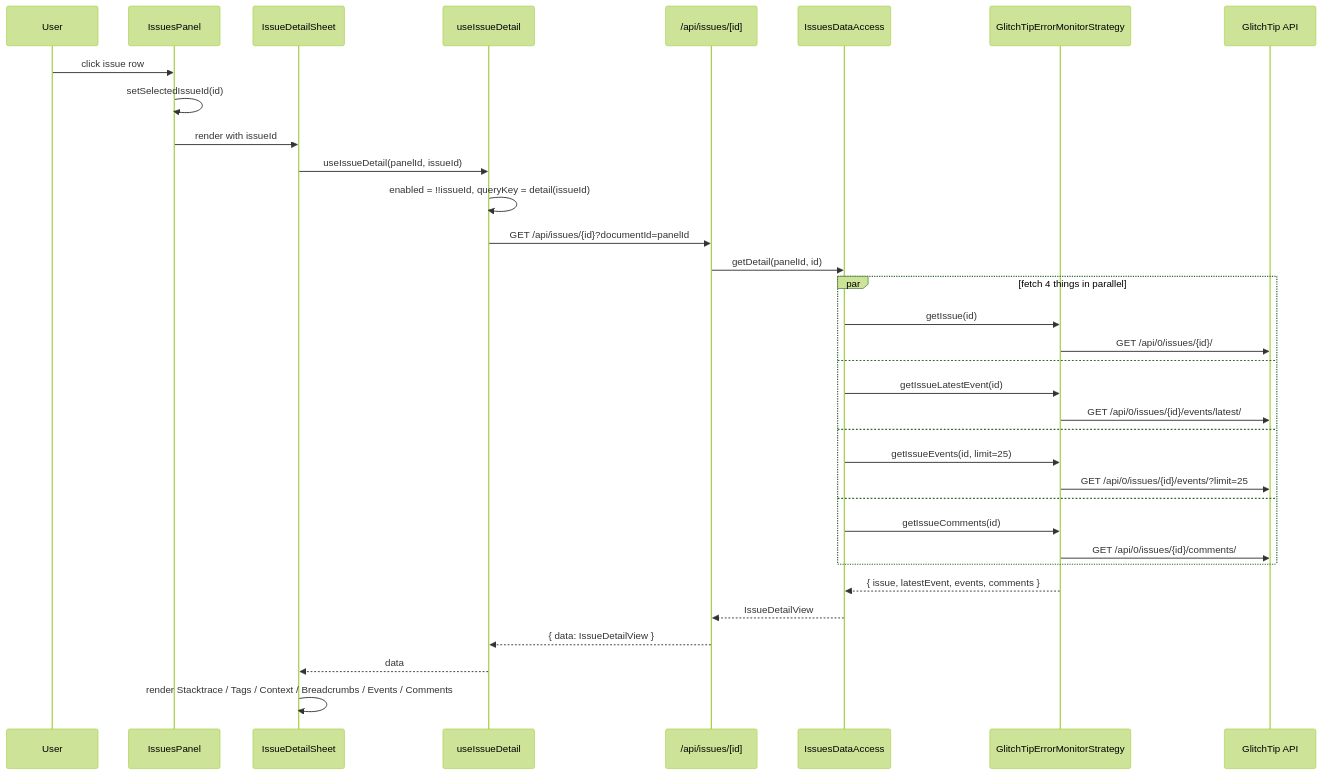
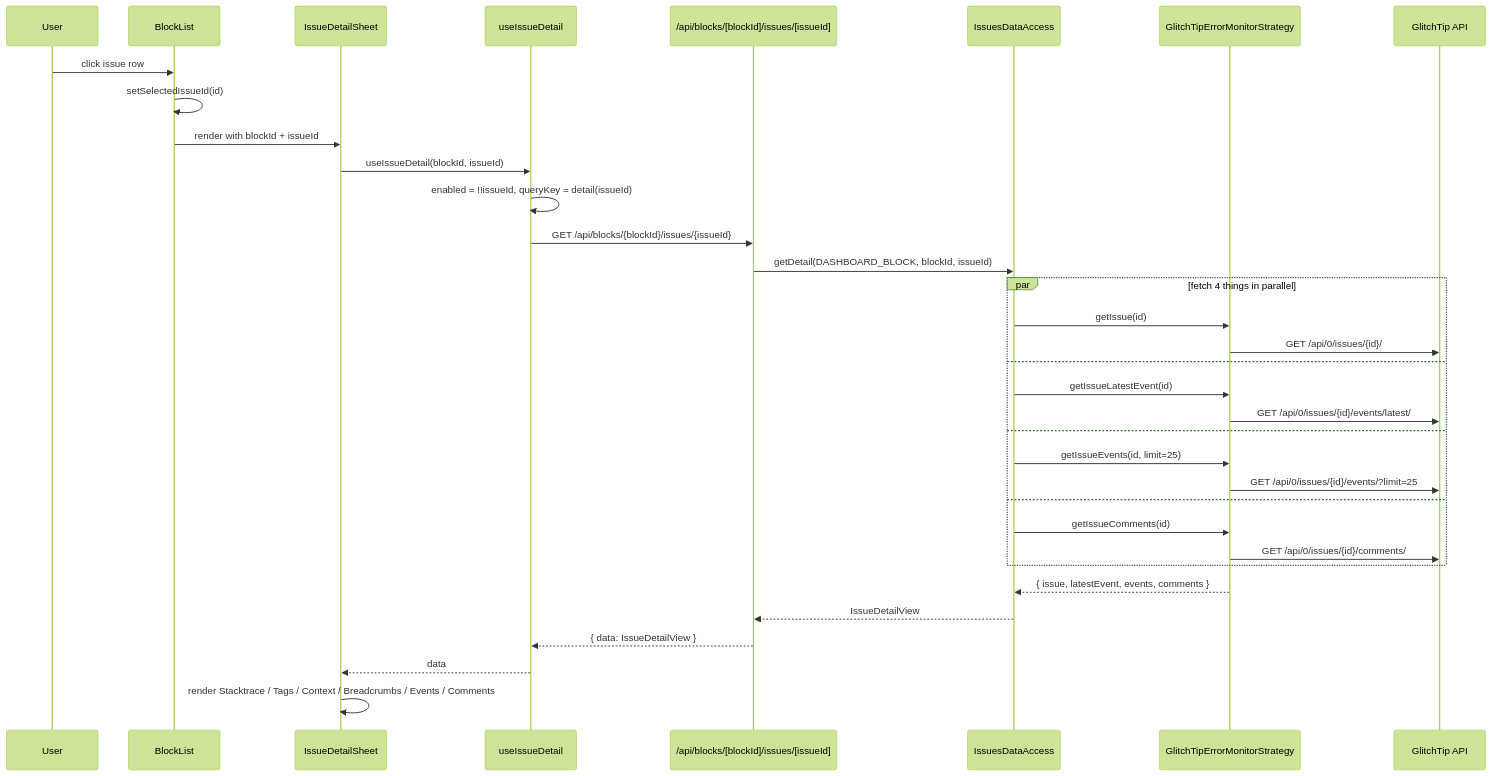
One commit to webteamuxco/dashboard-monitor changed the ninth of 11 diagrams in apps/docs-site/docs/data-flow.md. Above: the diagram before and after it, drawn with Mermaid (forest theme). The commit also changed other lines of this file and 10 other files, not shown here.

````diff
--- a/apps/docs-site/docs/data-flow.md
+++ b/apps/docs-site/docs/data-flow.md
@@ -286,39 +251,39 @@
 ```mermaid
 sequenceDiagram
     participant User
-    participant Panel as IssuesPanel
+    participant List as BlockList
     participant Sheet as IssueDetailSheet
     participant Hook as useIssueDetail
-    participant Route as /api/issues/[id]
+    participant Route as /api/blocks/[blockId]/issues/[issueId]
     participant DA as IssuesDataAccess
     participant Mon as GlitchTipErrorMonitorStrategy
     participant Ext as GlitchTip API
 
-    User->>Panel: click issue row
-    Panel->>Panel: setSelectedIssueId(id)
-    Panel->>Sheet: render with issueId
-    Sheet->>Hook: useIssueDetail(panelId, issueId)
+    User->>List: click issue row
+    List->>List: setSelectedIssueId(id)
+    List->>Sheet: render with blockId + issueId
+    Sheet->>Hook: useIssueDetail(blockId, issueId)
     Hook->>Hook: enabled = !!issueId, queryKey = detail(issueId)
-    Hook->>Route: GET /api/issues/{id}?documentId=panelId
-    Route->>DA: getDetail(panelId, id)
+    Hook->>Route: GET /api/blocks/{blockId}/issues/{issueId}
+    Route->>DA: getDetail(DASHBOARD_BLOCK, blockId, issueId)
 
     par fetch 4 things in parallel
         DA->>Mon: getIssue(id)
         Mon->>Ext: GET /api/0/issues/{id}/
     and
         DA->>Mon: getIssueLatestEvent(id)
         Mon->>Ext: GET /api/0/issues/{id}/events/latest/
     and
         DA->>Mon: getIssueEvents(id, limit=25)
         Mon->>Ext: GET /api/0/issues/{id}/events/?limit=25
     and
         DA->>Mon: getIssueComments(id)
         Mon->>Ext: GET /api/0/issues/{id}/comments/
     end
 
     Mon-->>DA: { issue, latestEvent, events, comments }
     DA-->>Route: IssueDetailView
     Route-->>Hook: { data: IssueDetailView }
     Hook-->>Sheet: data
     Sheet->>Sheet: render Stacktrace / Tags / Context / Breadcrumbs / Events / Comments
 ```
````
